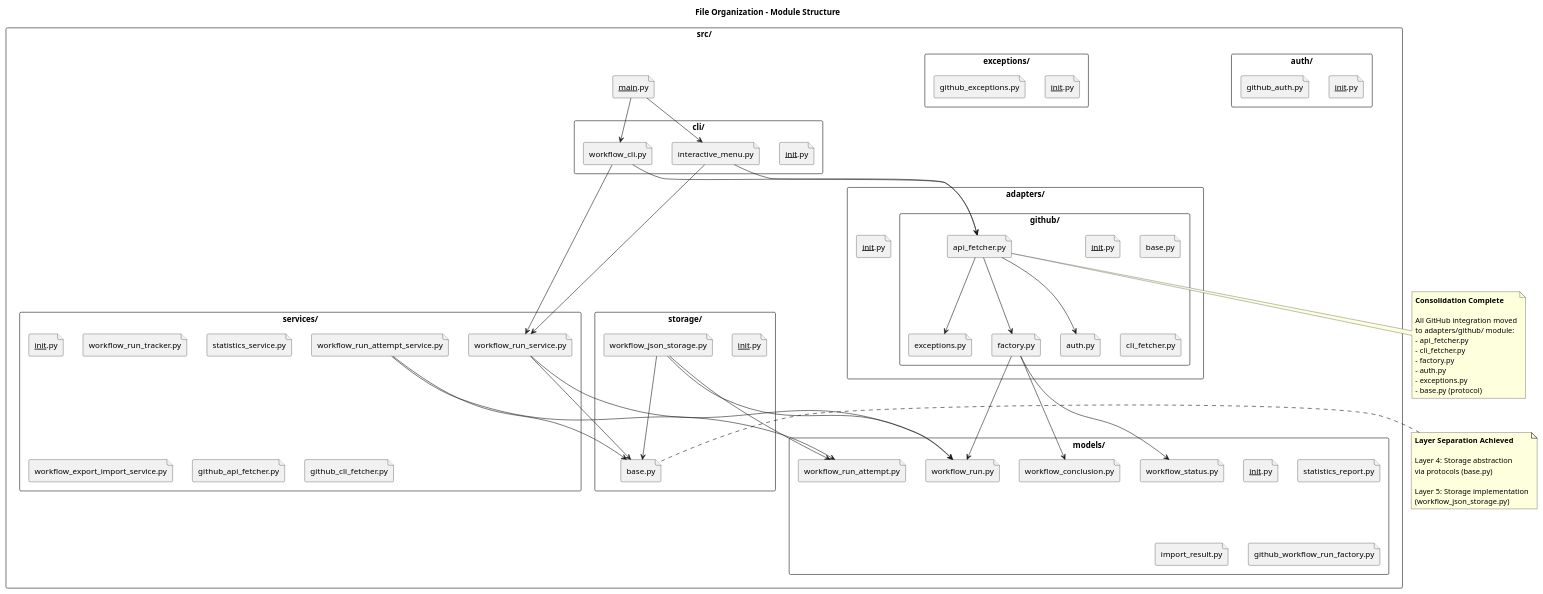
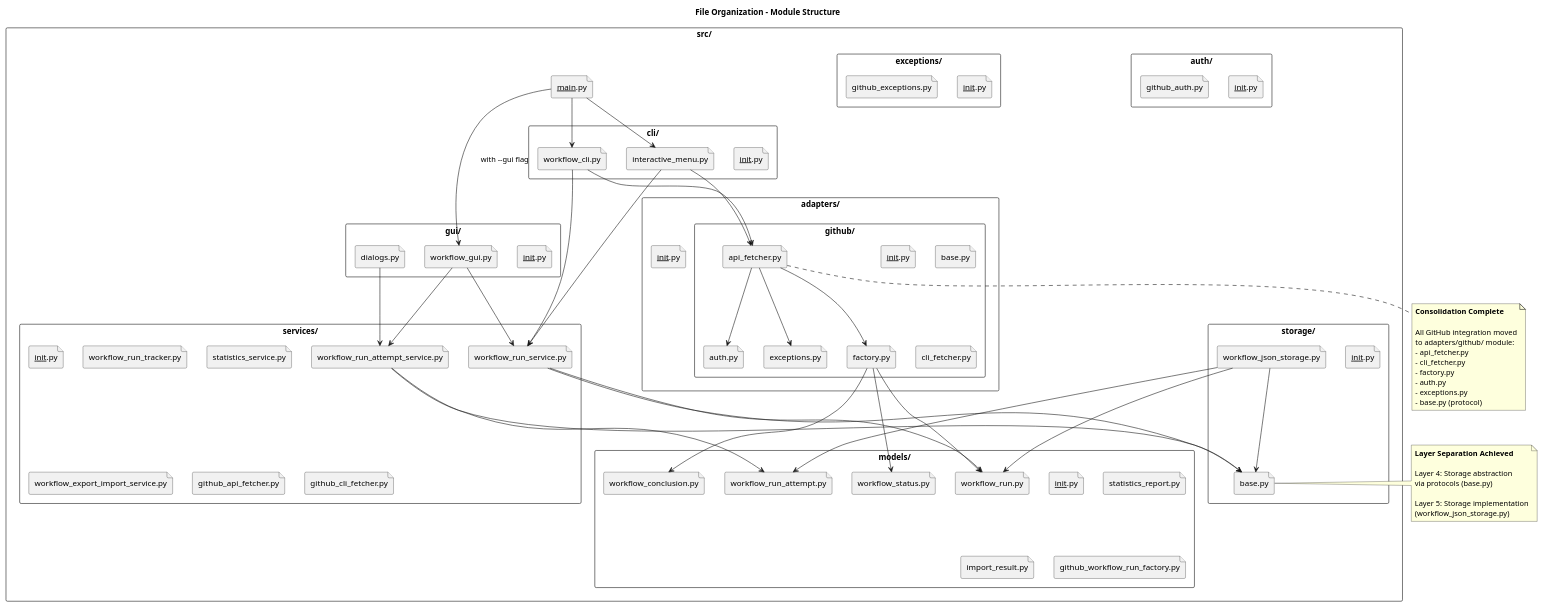
One commit to DanielRiha8906/Software_autoevolution_using_agents changed the diagram in experiments/pipeline/user_stories/github-workflow-manager/artifacts/module_structure_diagram.puml. Above: the diagram before and after it, drawn with PlantUML. The commit also changed 10 other files, not shown here.

First line of the commit message:
Task 10: Add GUI for displaying and editing workflow runs

```diff
--- a/experiments/pipeline/user_stories/github-workflow-manager/artifacts/module_structure_diagram.puml
+++ b/experiments/pipeline/user_stories/github-workflow-manager/artifacts/module_structure_diagram.puml
@@ -1,148 +1,162 @@
 @startuml module_structure_diagram
 
 title File Organization - Module Structure
 
 skinparam packageStyle rectangle
 
 package "src/" {
 
     ' ========================================
     ' ENTRY POINT
     ' ========================================
     file "__main__.py" as MAIN_FILE
 
     ' ========================================
     ' CLI LAYER
     ' ========================================
     package "cli/" {
         file "__init__.py" as CLI_INIT
         file "workflow_cli.py" as CLI_MAIN
         file "interactive_menu.py" as CLI_MENU
+    }
+
+    ' ========================================
+    ' GUI LAYER
+    ' ========================================
+    package "gui/" {
+        file "__init__.py" as GUI_INIT
+        file "workflow_gui.py" as GUI_MAIN
+        file "dialogs.py" as GUI_DIALOGS
     }
 
     ' ========================================
     ' SERVICE LAYER
     ' ========================================
     package "services/" {
         file "__init__.py" as SVC_INIT
         file "workflow_run_service.py" as SVC_RUN
         file "workflow_run_attempt_service.py" as SVC_ATTEMPT
         file "workflow_run_tracker.py" as SVC_TRACKER
         file "statistics_service.py" as SVC_STATS
         file "workflow_export_import_service.py" as SVC_EXPORT
     }
 
     ' ========================================
     ' ADAPTERS LAYER - GitHub Integration
     ' ========================================
     package "adapters/" {
         file "__init__.py" as ADAPT_ROOT_INIT
 
         package "github/" {
             file "__init__.py" as GITHUB_INIT
             file "base.py" as GITHUB_BASE
             file "api_fetcher.py" as GITHUB_API
             file "cli_fetcher.py" as GITHUB_CLI
             file "factory.py" as GITHUB_FACTORY
             file "auth.py" as GITHUB_AUTH
             file "exceptions.py" as GITHUB_EXC
         }
     }
 
     ' ========================================
     ' STORAGE LAYER
     ' ========================================
     package "storage/" {
         file "__init__.py" as STOR_INIT
         file "base.py" as STOR_BASE
         file "workflow_json_storage.py" as STOR_IMPL
     }
 
     ' ========================================
     ' MODELS LAYER
     ' ========================================
     package "models/" {
         file "__init__.py" as MODEL_INIT
         file "workflow_run.py" as MODEL_RUN
         file "workflow_run_attempt.py" as MODEL_ATTEMPT
         file "workflow_status.py" as MODEL_STATUS
         file "workflow_conclusion.py" as MODEL_CONCLUSION
         file "statistics_report.py" as MODEL_REPORT
         file "import_result.py" as MODEL_IMPORT
         file "github_workflow_run_factory.py" as MODEL_FACTORY
     }
 
     ' ========================================
     ' LEGACY AUTH LOCATION (kept for ref)
     ' ========================================
     package "auth/" {
         file "__init__.py" as AUTH_INIT
         file "github_auth.py" as AUTH_LEGACY
     }
 
     ' ========================================
     ' LEGACY EXCEPTIONS (kept for ref)
     ' ========================================
     package "exceptions/" {
         file "__init__.py" as EXC_INIT
         file "github_exceptions.py" as EXC_LEGACY
     }
 
     ' ========================================
     ' LEGACY SERVICES (kept for ref)
     ' ========================================
     package "services/" {
         file "github_api_fetcher.py" as SVC_API_LEGACY
         file "github_cli_fetcher.py" as SVC_CLI_LEGACY
     }
 }
 
 MAIN_FILE --> CLI_MAIN
 MAIN_FILE --> CLI_MENU
+MAIN_FILE --> GUI_MAIN : with --gui flag
 
 CLI_MAIN --> SVC_RUN
 CLI_MAIN --> GITHUB_API
 CLI_MENU --> SVC_RUN
 CLI_MENU --> GITHUB_API
+
+GUI_MAIN --> SVC_RUN
+GUI_MAIN --> SVC_ATTEMPT
+GUI_DIALOGS --> SVC_ATTEMPT
 
 SVC_RUN --> STOR_BASE
 SVC_ATTEMPT --> STOR_BASE
 SVC_RUN --> MODEL_RUN
 SVC_ATTEMPT --> MODEL_ATTEMPT
 
 GITHUB_API --> GITHUB_FACTORY
 GITHUB_API --> GITHUB_AUTH
 GITHUB_API --> GITHUB_EXC
 
 STOR_IMPL --> STOR_BASE
 STOR_IMPL --> MODEL_RUN
 STOR_IMPL --> MODEL_ATTEMPT
 
 GITHUB_FACTORY --> MODEL_RUN
 GITHUB_FACTORY --> MODEL_STATUS
 GITHUB_FACTORY --> MODEL_CONCLUSION
 
 note right of STOR_BASE
   **Layer Separation Achieved**
 
   Layer 4: Storage abstraction
   via protocols (base.py)
 
   Layer 5: Storage implementation
   (workflow_json_storage.py)
 end note
 
 note bottom of GITHUB_API
   **Consolidation Complete**
 
   All GitHub integration moved
   to adapters/github/ module:
   - api_fetcher.py
   - cli_fetcher.py
   - factory.py
   - auth.py
   - exceptions.py
   - base.py (protocol)
 end note
 
 @enduml
```
